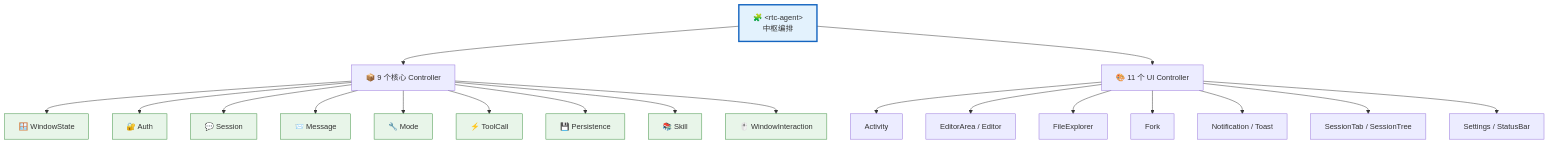
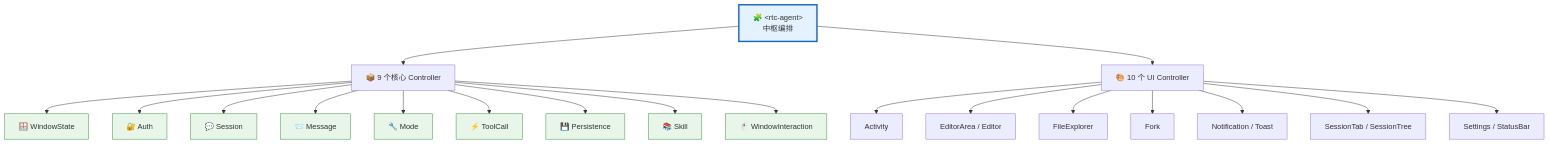
One commit to rtc-agent/docs changed the fifth of 7 diagrams in src/content/docs/integration/component-api.md. Above: the diagram before and after it, drawn with Mermaid. The commit also changed other lines of this file and 9 other files, not shown here.

````diff
--- a/src/content/docs/integration/component-api.md
+++ b/src/content/docs/integration/component-api.md
@@ -280,34 +280,34 @@
 ```mermaid
 flowchart TD
     ROOT["🧩 &lt;rtc-agent&gt;<br/>中枢编排"] --> CORE["📦 9 个核心 Controller"]
-    ROOT --> UI["🎨 11 个 UI Controller"]
+    ROOT --> UI["🎨 10 个 UI Controller"]
 
     CORE --> C1["🪟 WindowState"]
     CORE --> C2["🔐 Auth"]
     CORE --> C3["💬 Session"]
     CORE --> C4["📨 Message"]
     CORE --> C5["🔧 Mode"]
     CORE --> C6["⚡ ToolCall"]
     CORE --> C7["💾 Persistence"]
     CORE --> C8["📚 Skill"]
     CORE --> C9["🖱️ WindowInteraction"]
 
     UI --> U1["Activity"]
     UI --> U2["EditorArea / Editor"]
     UI --> U3["FileExplorer"]
     UI --> U4["Fork"]
     UI --> U5["Notification / Toast"]
     UI --> U6["SessionTab / SessionTree"]
     UI --> U7["Settings / StatusBar"]
 
     style ROOT fill:#e3f2fd,stroke:#1565c0,stroke-width:3px
     style C1 fill:#e8f5e9,stroke:#388e3c
     style C2 fill:#e8f5e9,stroke:#388e3c
     style C3 fill:#e8f5e9,stroke:#388e3c
     style C4 fill:#e8f5e9,stroke:#388e3c
     style C5 fill:#e8f5e9,stroke:#388e3c
     style C6 fill:#e8f5e9,stroke:#388e3c
     style C7 fill:#e8f5e9,stroke:#388e3c
     style C8 fill:#e8f5e9,stroke:#388e3c
     style C9 fill:#e8f5e9,stroke:#388e3c
 ```
````
